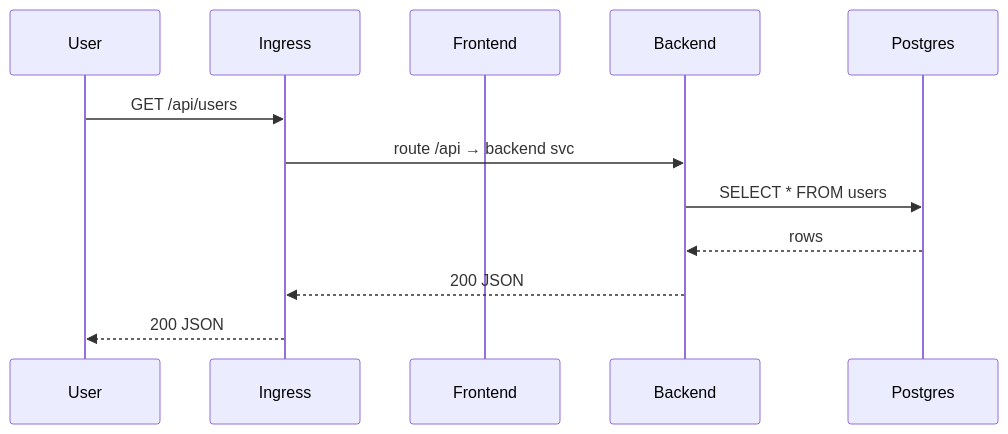
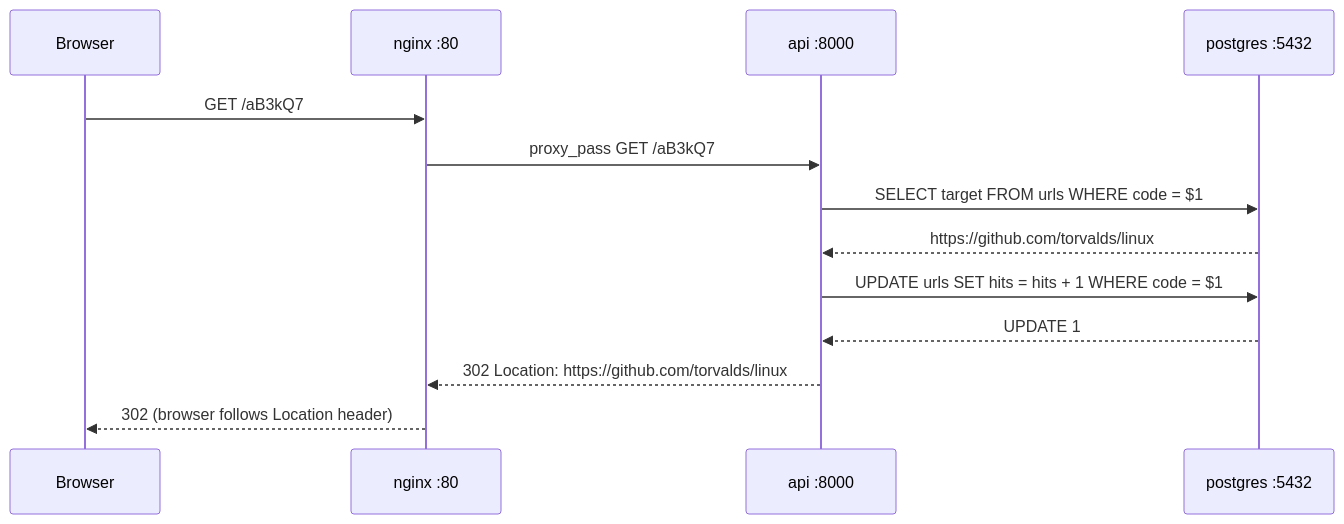
One commit to srinivaskona7/devops-learning changed the third of 6 diagrams in 08-projects/02-three-tier-app/architecture.md. Above: the diagram before and after it, drawn with Mermaid. The commit also changed other lines of this file and 222 other files, not shown here.

````diff
--- a/08-projects/02-three-tier-app/architecture.md
+++ b/08-projects/02-three-tier-app/architecture.md
@@ -56,15 +58,16 @@
 ```mermaid
 sequenceDiagram
-  participant U as User
-  participant I as Ingress
-  participant F as Frontend
-  participant B as Backend
-  participant D as Postgres
+  participant C as Browser
+  participant N as nginx :80
+  participant A as api :8000
+  participant D as postgres :5432
 
-  U->>I: GET /api/users
-  I->>B: route /api → backend svc
-  B->>D: SELECT * FROM users
-  D-->>B: rows
-  B-->>I: 200 JSON
-  I-->>U: 200 JSON
+  C->>N: GET /aB3kQ7
+  N->>A: proxy_pass GET /aB3kQ7
+  A->>D: SELECT target FROM urls WHERE code = $1
+  D-->>A: https://github.com/torvalds/linux
+  A->>D: UPDATE urls SET hits = hits + 1 WHERE code = $1
+  D-->>A: UPDATE 1
+  A-->>N: 302 Location: https://github.com/torvalds/linux
+  N-->>C: 302 (browser follows Location header)
 ```
````
